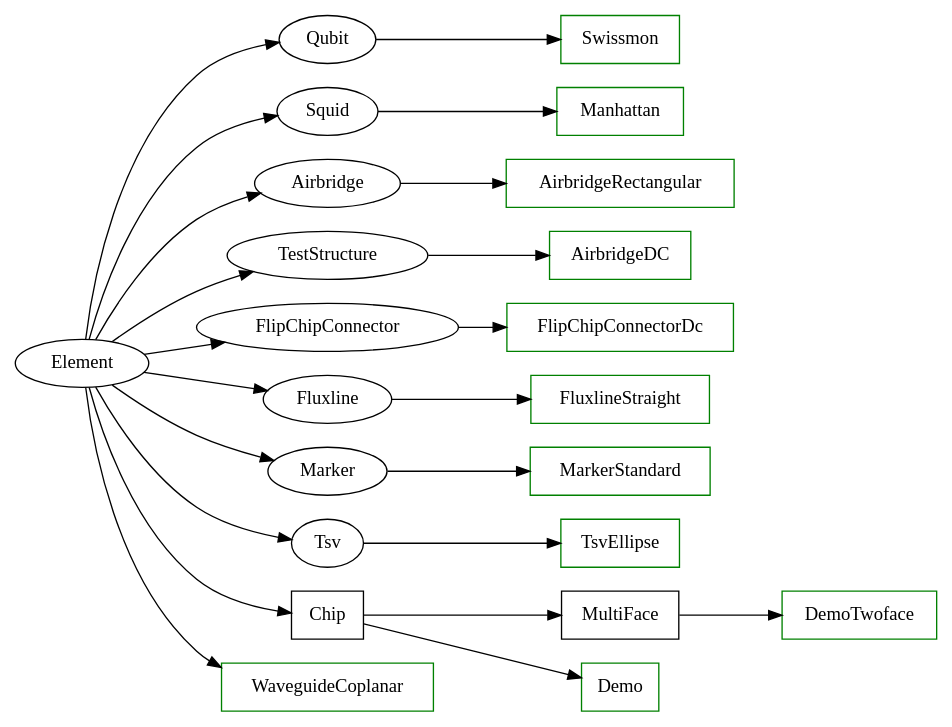
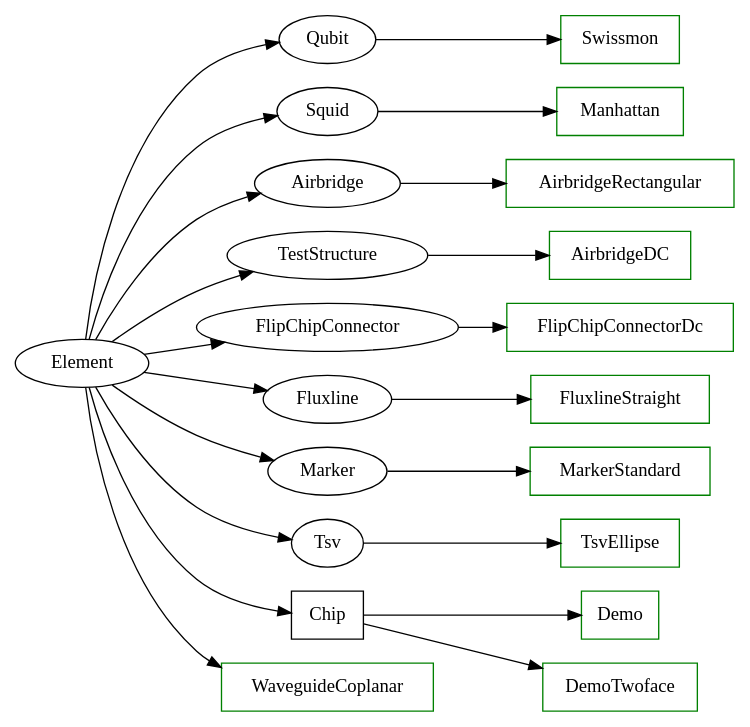
The diagram in docs/class_hierarchy.dot (iqm-finland/KQCircuits), drawn with Graphviz before and after one commit. The commit also changed 21 other files, not shown here.

```diff
--- a/docs/class_hierarchy.dot
+++ b/docs/class_hierarchy.dot
@@ -1,58 +1,57 @@
 digraph {
     rankdir="LR"
 
     Element [href="../api/kqcircuits.elements.element.html", target="_top"]
     Qubit [href="../api/kqcircuits.qubits.qubit.html", target="_top"]
     Squid [href="../api/kqcircuits.squids.squid.html", target="_top"]
     Airbridge [href="../api/kqcircuits.elements.airbridges.airbridge.html", target="_top"]
     TestStructure [href="../api/kqcircuits.test_structures.test_structure.html", target="_top"]
     FlipChipConnector [href="../api/kqcircuits.elements.f2f_connectors.flip_chip_connectors.flip_chip_connector.html", target="_top"]
     Fluxline [href="../api/kqcircuits.elements.fluxlines.fluxline.html", target="_top"]
     Marker [href="../api/kqcircuits.elements.markers.marker.html", target="_top"]
     Tsv [href="../api/kqcircuits.elements.f2f_connectors.tsvs.tsv.html", target="_top"]
 
     ## Base classes
     Element -> Qubit
     Element -> Squid
     Element -> Airbridge
     Element -> TestStructure
     Element -> FlipChipConnector
     Element -> Fluxline
     Element -> Marker
     Element -> Tsv
 
     ## Cocrete base classes
     node [shape="rect"]
 
     Chip [href="../api/kqcircuits.chips.chip.html", target="_top"]
-    MultiFace [href="../api/kqcircuits.chips.multi_face.multi_face.html", target="_top"]
 
-    Element -> Chip -> MultiFace
+    Element -> Chip
 
     ## Concrete examples
     node [color="green"]
 
     WaveguideCoplanar [href="../api/kqcircuits.elements.waveguide_coplanar.html", target="_top"]
     Demo [href="../api/kqcircuits.chips.demo.html", target="_top"]
-    DemoTwoface [href="../api/kqcircuits.chips.multi_face.demo_twoface.html", target="_top"]
+    DemoTwoface [href="../api/kqcircuits.chips.demo_twoface.html", target="_top"]
     Swissmon [href="../api/kqcircuits.qubits.swissmon.html", target="_top"]
     Manhattan [href="../api/kqcircuits.squids.manhattan.html", target="_top"]
     AirbridgeRectangular [href="../api/kqcircuits.elements.airbridges.airbridge_rectangular.html", target="_top"]
     FluxlineStraight [href="../api/kqcircuits.elements.fluxlines.fluxline_straight.html", target="_top"]
     MarkerStandard [href="../api/kqcircuits.elements.markers.marker_standard.html", target="_top"]
     AirbridgeDC [href="../api/kqcircuits.test_structures.airbridge_dc.html", target="_top"]
     FlipChipConnectorDc [href="../api/kqcircuits.elements.f2f_connectors.flip_chip_connectors.flip_chip_connector_dc.html", target="_top"]
     TsvEllipse [href="../api/kqcircuits.elements.f2f_connectors.tsvs.tsv_ellipse.html", target="_top"]
 
     Element -> WaveguideCoplanar
     Chip -> Demo
-    MultiFace -> DemoTwoface
+    Chip -> DemoTwoface
     Qubit -> Swissmon
     Squid -> Manhattan
     Airbridge -> AirbridgeRectangular
     Fluxline -> FluxlineStraight
     Marker -> MarkerStandard
     TestStructure -> AirbridgeDC
     FlipChipConnector -> FlipChipConnectorDc
     Tsv -> TsvEllipse
 }
```
